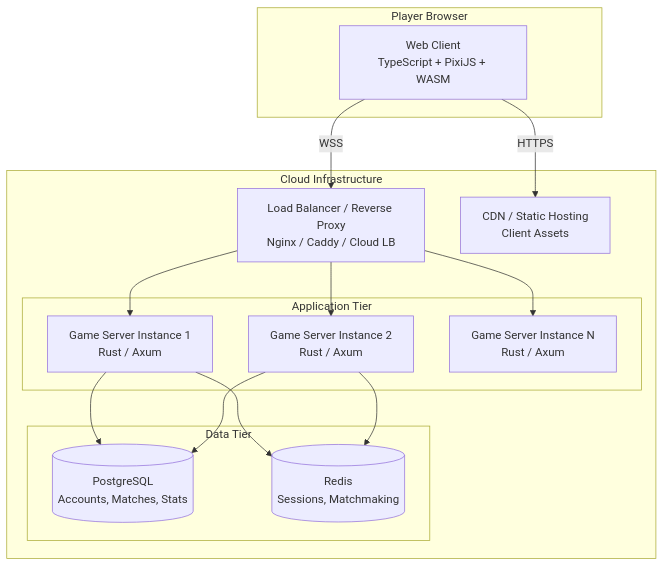
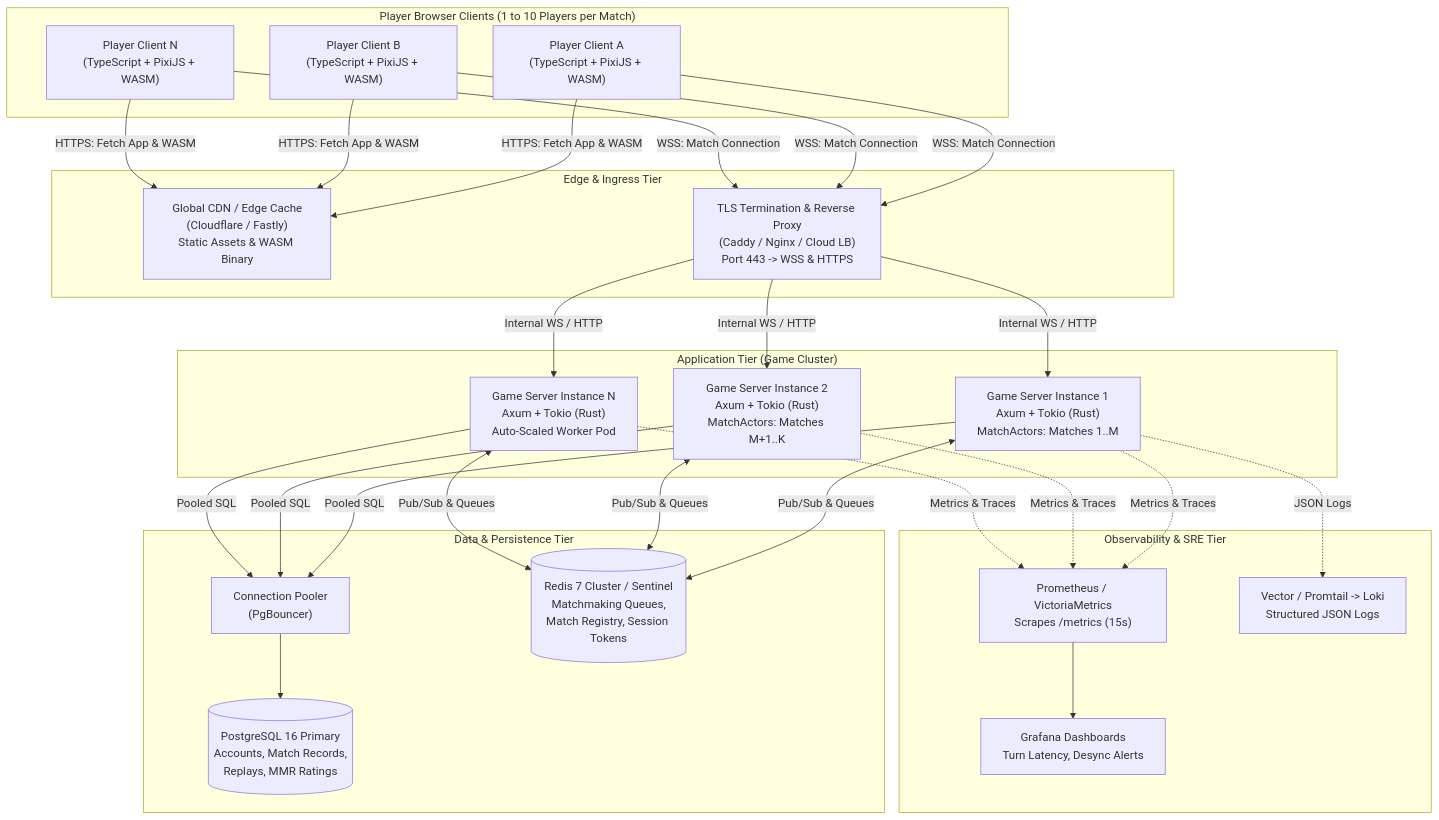
Before and after one commit to garnizeh/hexabellum: the first of 4 diagrams in docs/devops.md, drawn with Mermaid. The commit also changed other lines of this file and 11 other files, not shown here.

````diff
--- a/docs/devops.md
+++ b/docs/devops.md
@@ -27,33 +20,58 @@
 ```mermaid
 flowchart TD
-    subgraph "Player Browser"
-        Client[Web Client<br/>TypeScript + PixiJS + WASM]
+    subgraph "Player Browser Clients (1 to 10 Players per Match)"
+        ClientA["Player Client A<br/>(TypeScript + PixiJS + WASM)"]
+        ClientB["Player Client B<br/>(TypeScript + PixiJS + WASM)"]
+        ClientN["Player Client N<br/>(TypeScript + PixiJS + WASM)"]
     end
 
-    subgraph "Cloud Infrastructure"
-        LB[Load Balancer / Reverse Proxy<br/>Nginx / Caddy / Cloud LB]
-        
-        subgraph "Application Tier"
-            GS1[Game Server Instance 1<br/>Rust / Axum]
-            GS2[Game Server Instance 2<br/>Rust / Axum]
-            GSN[Game Server Instance N<br/>Rust / Axum]
-        end
-
-        subgraph "Data Tier"
-            DB[(PostgreSQL<br/>Accounts, Matches, Stats)]
-            Redis[(Redis<br/>Sessions, Matchmaking)]
-        end
-
-        CDN[CDN / Static Hosting<br/>Client Assets]
+    subgraph "Edge & Ingress Tier"
+        CDN["Global CDN / Edge Cache<br/>(Cloudflare / Fastly)<br/>Static Assets & WASM Binary"]
+        LB["TLS Termination & Reverse Proxy<br/>(Caddy / Nginx / Cloud LB)<br/>Port 443 -> WSS & HTTPS"]
     end
 
-    Client -->|HTTPS| CDN
-    Client -->|WSS| LB
-    LB --> GS1
-    LB --> GS2
-    LB --> GSN
-    GS1 --> DB
-    GS1 --> Redis
-    GS2 --> DB
-    GS2 --> Redis
+    subgraph "Application Tier (Game Cluster)"
+        GS1["Game Server Instance 1<br/>Axum + Tokio (Rust)<br/>MatchActors: Matches 1..M"]
+        GS2["Game Server Instance 2<br/>Axum + Tokio (Rust)<br/>MatchActors: Matches M+1..K"]
+        GSN["Game Server Instance N<br/>Axum + Tokio (Rust)<br/>Auto-Scaled Worker Pod"]
+    end
+
+    subgraph "Data & Persistence Tier"
+        PgBouncer["Connection Pooler<br/>(PgBouncer)"]
+        PG[("PostgreSQL 16 Primary<br/>Accounts, Match Records,<br/>Replays, MMR Ratings")]
+        Redis[("Redis 7 Cluster / Sentinel<br/>Matchmaking Queues,<br/>Match Registry, Session Tokens")]
+    end
+
+    subgraph "Observability & SRE Tier"
+        Prom["Prometheus / VictoriaMetrics<br/>Scrapes /metrics (15s)"]
+        Grafana["Grafana Dashboards<br/>Turn Latency, Desync Alerts"]
+        Loki["Vector / Promtail -> Loki<br/>Structured JSON Logs"]
+    end
+
+    ClientA -->|HTTPS: Fetch App & WASM| CDN
+    ClientB -->|HTTPS: Fetch App & WASM| CDN
+    ClientN -->|HTTPS: Fetch App & WASM| CDN
+
+    ClientA -->|WSS: Match Connection| LB
+    ClientB -->|WSS: Match Connection| LB
+    ClientN -->|WSS: Match Connection| LB
+
+    LB -->|Internal WS / HTTP| GS1
+    LB -->|Internal WS / HTTP| GS2
+    LB -->|Internal WS / HTTP| GSN
+
+    GS1 -->|Pooled SQL| PgBouncer
+    GS2 -->|Pooled SQL| PgBouncer
+    GSN -->|Pooled SQL| PgBouncer
+    PgBouncer --> PG
+
+    GS1 <-->|Pub/Sub & Queues| Redis
+    GS2 <-->|Pub/Sub & Queues| Redis
+    GSN <-->|Pub/Sub & Queues| Redis
+
+    GS1 -.->|Metrics & Traces| Prom
+    GS2 -.->|Metrics & Traces| Prom
+    GSN -.->|Metrics & Traces| Prom
+    Prom --> Grafana
+    GS1 -.->|JSON Logs| Loki
 ```
````
